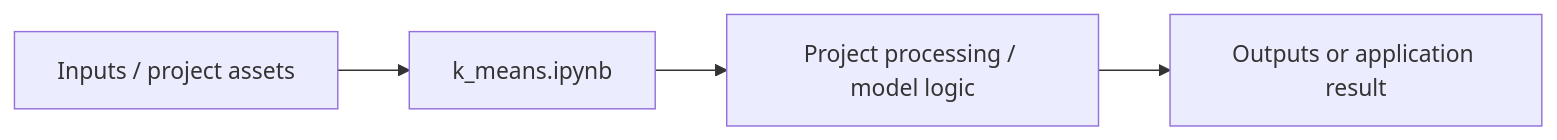
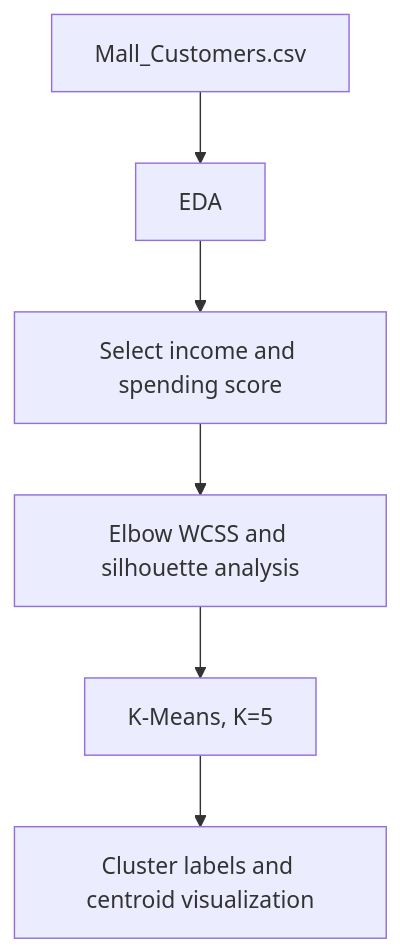
Before and after one commit to Rajkumar-Ai-Engineer/120_ProjectStreak: the diagram in Machine_Learning/customersegmentation/README.md, drawn with Mermaid. The commit also changed other lines of this file, not shown here.

Commit message:
docs(ml): improve customersegmentation project documentation

````diff
--- a/Machine_Learning/customersegmentation/README.md
+++ b/Machine_Learning/customersegmentation/README.md
@@ -21,6 +16,8 @@
 ```mermaid
-flowchart LR
-    I[Inputs / project assets] --> E[k_means.ipynb]
-    E --> P[Project processing / model logic]
-    P --> O[Outputs or application result]
+flowchart TD
+ A[Mall_Customers.csv] --> B[EDA]
+ B --> C[Select income and spending score]
+ C --> D[Elbow WCSS and silhouette analysis]
+ D --> E[K-Means, K=5]
+ E --> F[Cluster labels and centroid visualization]
 ```
````
